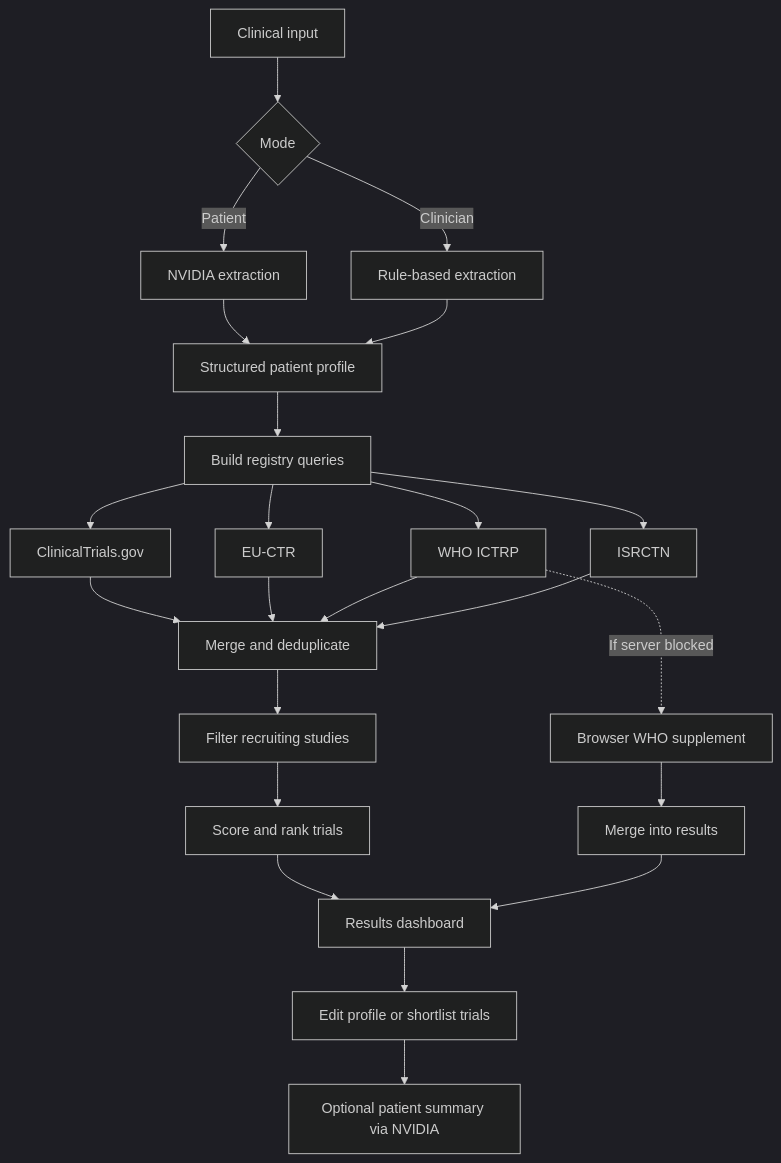
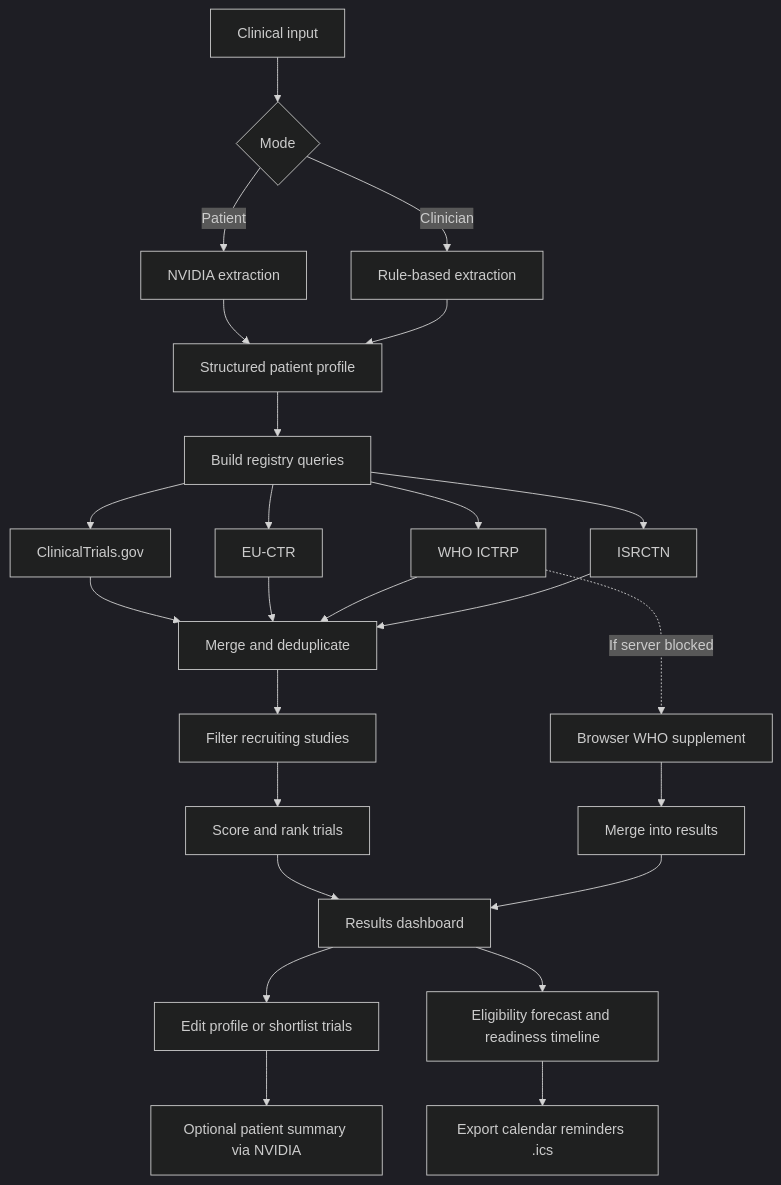
The diagram in README.md (Konseptt/clinical-trial-matcher), drawn with Mermaid (dark theme) before and after one commit. The commit also changed other lines of this file and 13 other files, not shown here.

````diff
--- a/README.md
+++ b/README.md
@@ -62,30 +79,33 @@
 ```mermaid
 flowchart TD
   A[Clinical input] --> B{Mode}
   B -->|Patient| C[NVIDIA extraction]
   B -->|Clinician| D[Rule-based extraction]
   C --> E[Structured patient profile]
   D --> E
 
   E --> F[Build registry queries]
   F --> G[ClinicalTrials.gov]
   F --> H[EU-CTR]
   F --> I[WHO ICTRP]
   F --> J[ISRCTN]
 
   G --> K[Merge and deduplicate]
   H --> K
   I --> K
   J --> K
 
   K --> L[Filter recruiting studies]
   L --> M[Score and rank trials]
   M --> N[Results dashboard]
 
   I -.->|If server blocked| O[Browser WHO supplement]
   O --> P[Merge into results]
   P --> N
 
   N --> Q[Edit profile or shortlist trials]
   Q --> R[Optional patient summary via NVIDIA]
+
+  N --> S[Eligibility forecast and readiness timeline]
+  S --> T[Export calendar reminders .ics]
 ```
````
